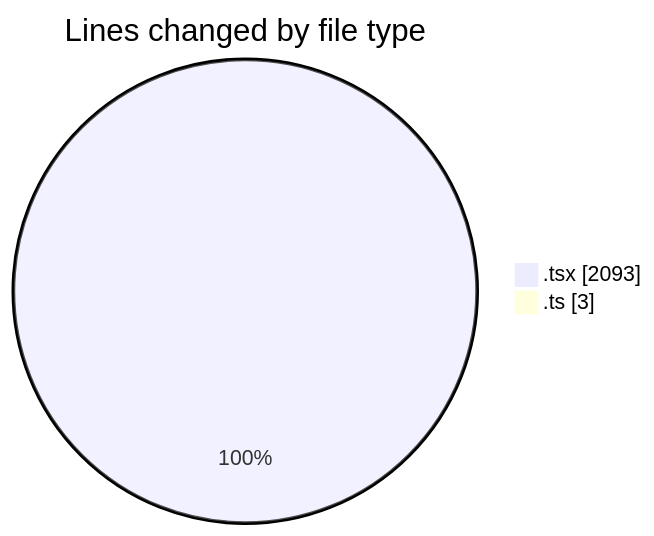
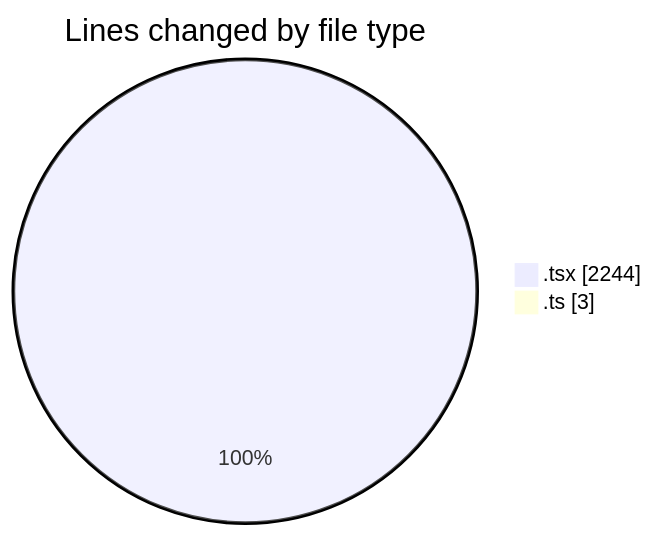
One commit to momahboobian/code-tracking changed the first of 2 diagrams in 2025-02-12/cda/README.md. Above: the diagram before and after it, drawn with Mermaid. The commit also changed other lines of this file and 1 other file, not shown here.

````diff
--- a/2025-02-12/cda/README.md
+++ b/2025-02-12/cda/README.md
@@ -23,6 +23,6 @@
 ```mermaid
 pie showData
 title Lines changed by file type
-".tsx" : 2093
+".tsx" : 2244
 ".ts" : 3
 ```
````
